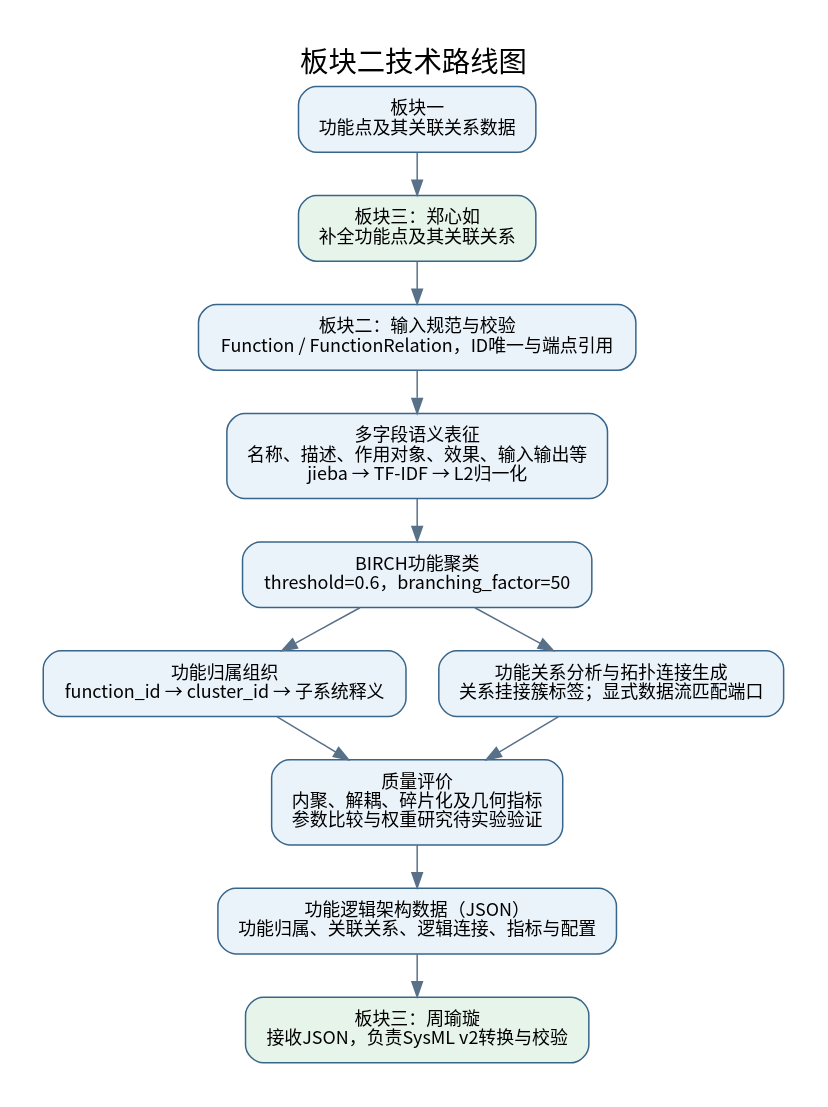
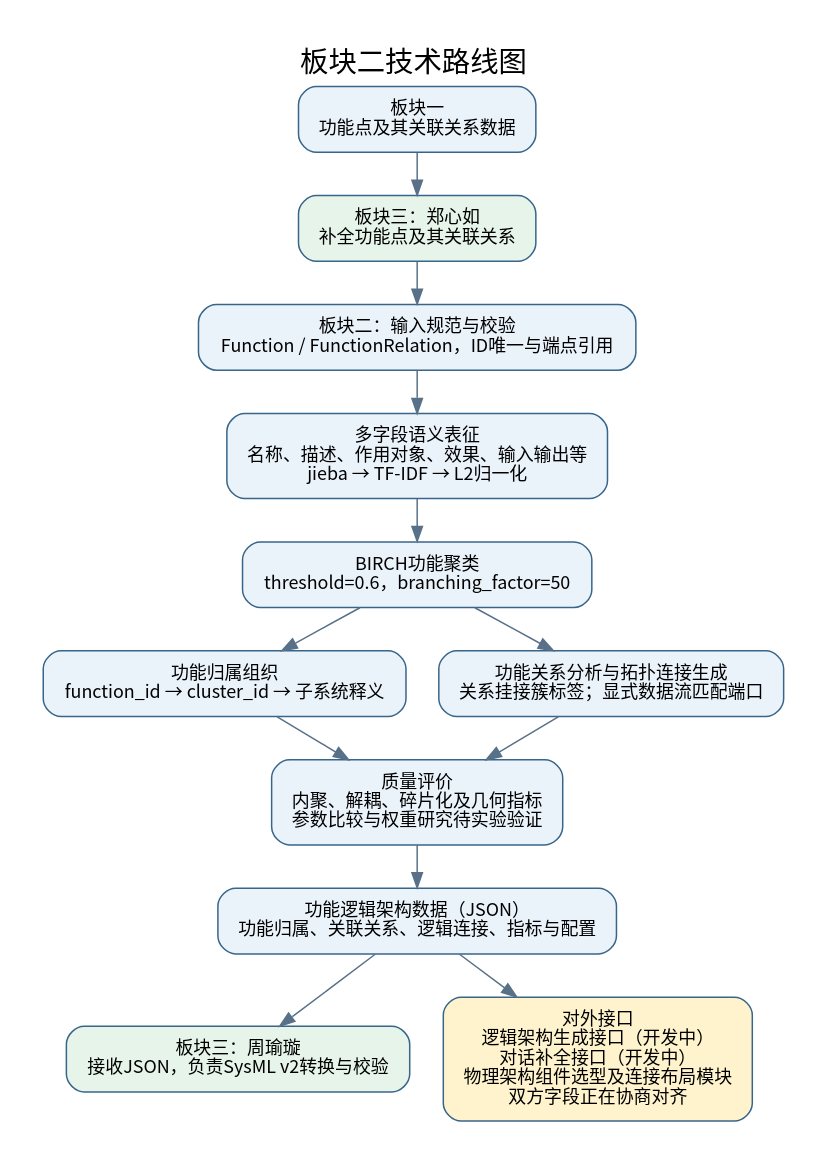
The diagram in 板块二进度说明/00_板块二技术路线图.dot (yueyunsun77-debug/yueyunsun77-debug), drawn with Graphviz before and after one commit. The commit also changed 8 other files, not shown here.

Commit message:
docs: 按最终图校对Word并明确JSON双输出交接

```diff
--- a/板块二进度说明/00_板块二技术路线图.dot
+++ b/板块二进度说明/00_板块二技术路线图.dot
@@ -1,17 +1,18 @@
 digraph G {
 graph [rankdir=TB,bgcolor="white",pad=0.3,nodesep=0.3,ranksep=0.4,fontname="Noto Sans CJK SC",fontsize=19];
 node [shape=box,style="rounded,filled",fillcolor="#EAF2FA",color="#38658A",fontname="Noto Sans CJK SC",fontsize=12,margin="0.18,0.12"];
 edge [color="#587188",fontname="Noto Sans CJK SC",fontsize=10];
 label="板块二技术路线图";labelloc=t;
 a[label="板块一\n功能点及其关联关系数据"];
 z[label="板块三：郑心如\n补全功能点及其关联关系",fillcolor="#E6F4EA"];
 b[label="板块二：输入规范与校验\nFunction / FunctionRelation，ID唯一与端点引用"];
 c[label="多字段语义表征\n名称、描述、作用对象、效果、输入输出等\njieba → TF-IDF → L2归一化"];
 d[label="BIRCH功能聚类\nthreshold=0.6，branching_factor=50"];
 e[label="功能归属组织\nfunction_id → cluster_id → 子系统释义"];
 f[label="功能关系分析与拓扑连接生成\n关系挂接簇标签；显式数据流匹配端口"];
 g[label="质量评价\n内聚、解耦、碎片化及几何指标\n参数比较与权重研究待实验验证"];
 h[label="功能逻辑架构数据（JSON）\n功能归属、关联关系、逻辑连接、指标与配置"];
 j[label="板块三：周瑜璇\n接收JSON，负责SysML v2转换与校验",fillcolor="#E6F4EA"];
-a->z->b->c->d;d->e;d->f;e->g;f->g;g->h->j;
+i[label="对外接口\n逻辑架构生成接口（开发中）\n对话补全接口（开发中）\n物理架构组件选型及连接布局模块\n双方字段正在协商对齐",fillcolor="#FFF3CD"];
+a->z->b->c->d;d->e;d->f;e->g;f->g;g->h;h->i;h->j;
 }
```
